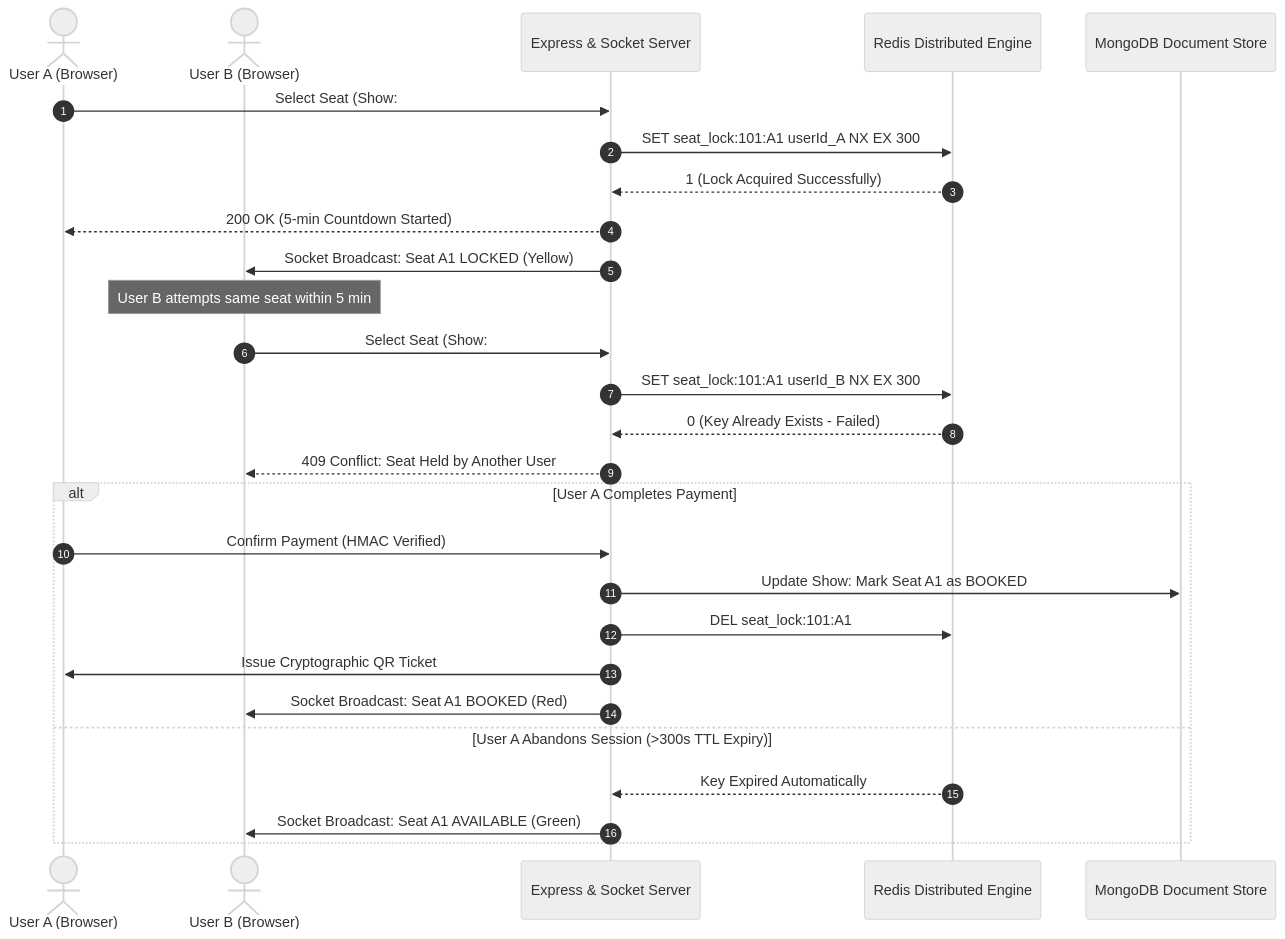
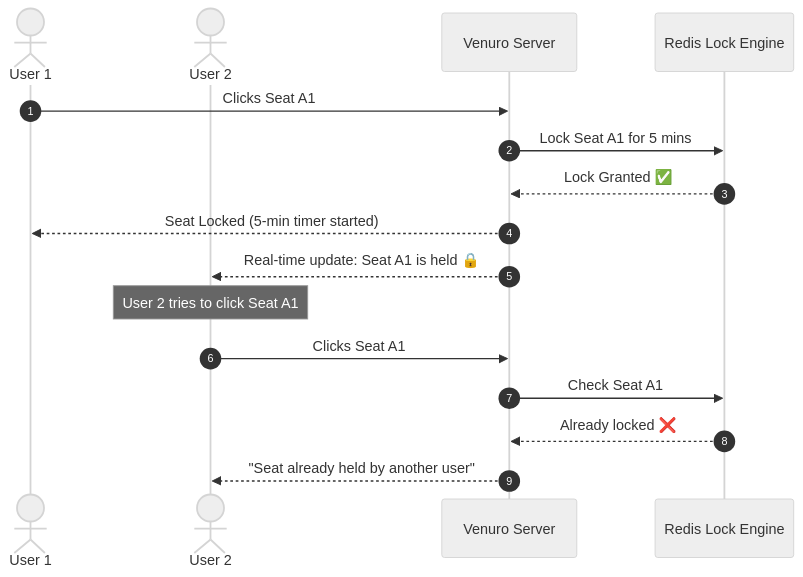
Before and after one commit to vishwambhar-kinage/venuro: the second of 2 diagrams in README.md, drawn with Mermaid (neutral theme). The commit also changed other lines of this file, not shown here.

Commit message:
docs: simplify README architecture overview and key points

````diff
--- a/README.md
+++ b/README.md
@@ -79,32 +46,20 @@
 ```mermaid
 sequenceDiagram
     autonumber
-    actor UserA as User A (Browser)
-    actor UserB as User B (Browser)
-    participant Server as Express & Socket Server
-    participant Redis as Redis Distributed Engine
-    participant DB as MongoDB Document Store
+    actor User1 as User 1
+    actor User2 as User 2
+    participant Server as Venuro Server
+    participant Redis as Redis Lock Engine
 
-    UserA->>Server: Select Seat (Show: #101, Seat: #A1)
-    Server->>Redis: SET seat_lock:101:A1 userId_A NX EX 300
-    Redis-->>Server: 1 (Lock Acquired Successfully)
-    Server-->>UserA: 200 OK (5-min Countdown Started)
-    Server->>UserB: Socket Broadcast: Seat A1 LOCKED (Yellow)
+    User1->>Server: Clicks Seat A1
+    Server->>Redis: Lock Seat A1 for 5 mins
+    Redis-->>Server: Lock Granted ✅
+    Server-->>User1: Seat Locked (5-min timer started)
+    Server-->>User2: Real-time update: Seat A1 is held 🔒
 
-    Note over UserB: User B attempts same seat within 5 min
-    UserB->>Server: Select Seat (Show: #101, Seat: #A1)
-    Server->>Redis: SET seat_lock:101:A1 userId_B NX EX 300
-    Redis-->>Server: 0 (Key Already Exists - Failed)
-    Server-->>UserB: 409 Conflict: Seat Held by Another User
-
-    alt User A Completes Payment
-        UserA->>Server: Confirm Payment (HMAC Verified)
-        Server->>DB: Update Show: Mark Seat A1 as BOOKED
-        Server->>Redis: DEL seat_lock:101:A1
-        Server->>UserA: Issue Cryptographic QR Ticket
-        Server->>UserB: Socket Broadcast: Seat A1 BOOKED (Red)
-    else User A Abandons Session (>300s TTL Expiry)
-        Redis-->>Server: Key Expired Automatically
-        Server->>UserB: Socket Broadcast: Seat A1 AVAILABLE (Green)
-    end
+    Note over User2: User 2 tries to click Seat A1
+    User2->>Server: Clicks Seat A1
+    Server->>Redis: Check Seat A1
+    Redis-->>Server: Already locked ❌
+    Server-->>User2: "Seat already held by another user"
 ```
````
